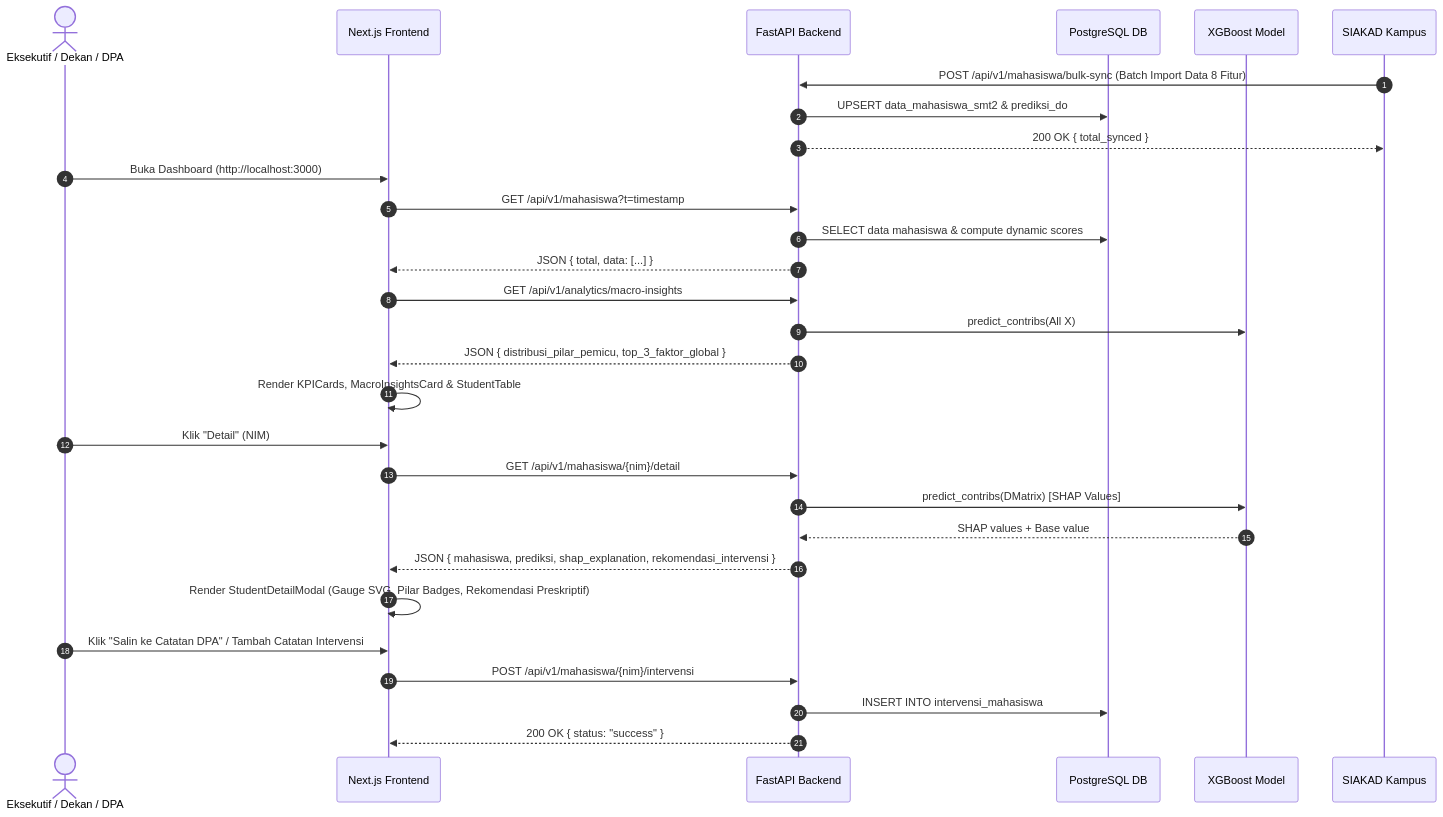
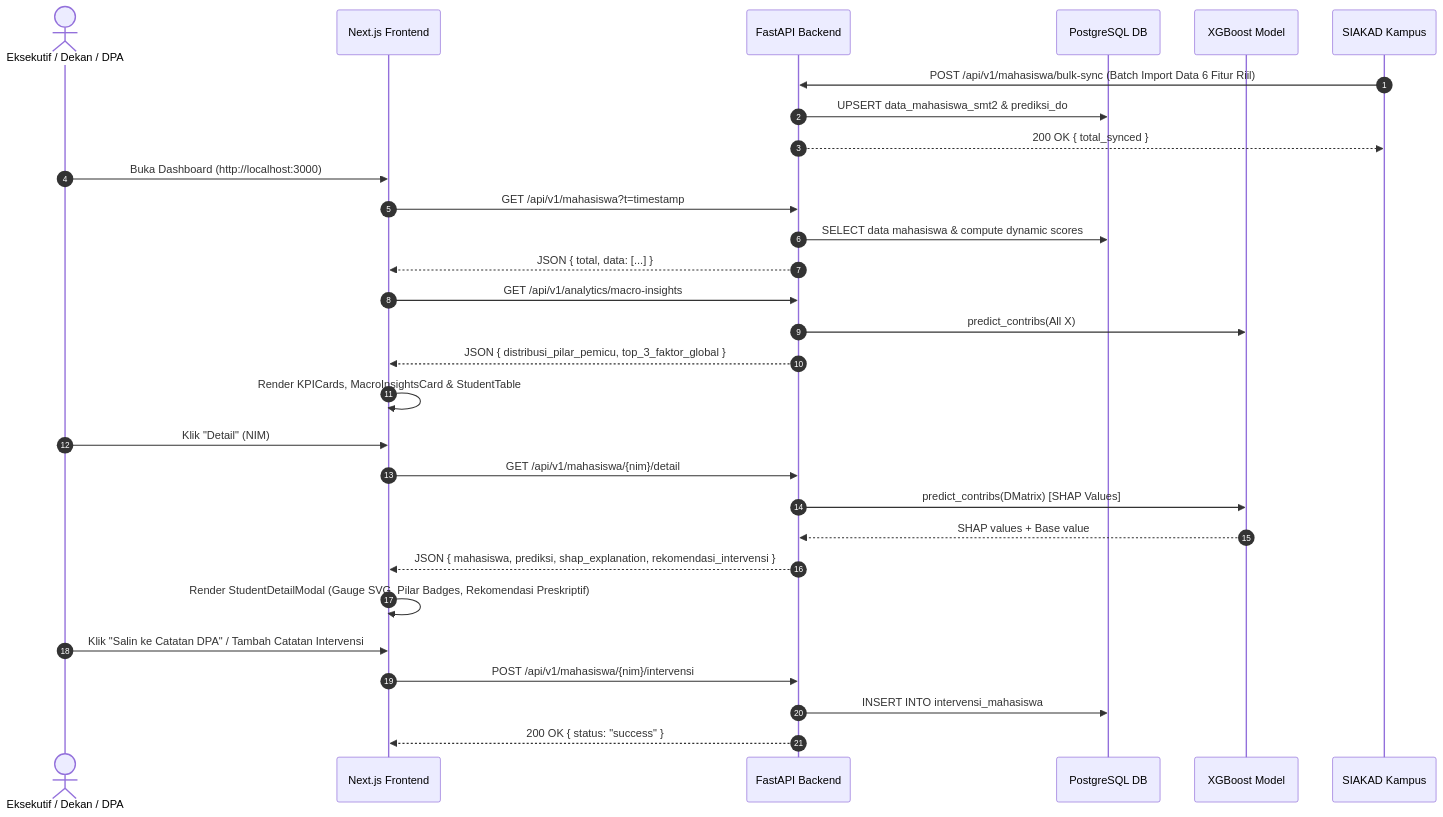
One commit to wahyusatya/Prediksi-DO-XGBoost-SHAP_Magang changed the third of 3 diagrams in DOCUMENTATION.md. Above: the diagram before and after it, drawn with Mermaid. The commit also changed other lines of this file and 6 other files, not shown here.

````diff
--- a/DOCUMENTATION.md
+++ b/DOCUMENTATION.md
@@ -351,35 +334,35 @@
 ```mermaid
 sequenceDiagram
     autonumber
     actor Exec as Eksekutif / Dekan / DPA
     participant FE as Next.js Frontend
     participant API as FastAPI Backend
     participant DB as PostgreSQL DB
     participant ML as XGBoost Model
     participant SIAKAD as SIAKAD Kampus
 
-    SIAKAD->>API: POST /api/v1/mahasiswa/bulk-sync (Batch Import Data 8 Fitur)
+    SIAKAD->>API: POST /api/v1/mahasiswa/bulk-sync (Batch Import Data 6 Fitur Riil)
     API->>DB: UPSERT data_mahasiswa_smt2 & prediksi_do
     API-->>SIAKAD: 200 OK { total_synced }
 
     Exec->>FE: Buka Dashboard (http://localhost:3000)
     FE->>API: GET /api/v1/mahasiswa?t=timestamp
     API->>DB: SELECT data mahasiswa & compute dynamic scores
     API-->>FE: JSON { total, data: [...] }
     FE->>API: GET /api/v1/analytics/macro-insights
     API->>ML: predict_contribs(All X)
     API-->>FE: JSON { distribusi_pilar_pemicu, top_3_faktor_global }
     FE->>FE: Render KPICards, MacroInsightsCard & StudentTable
 
     Exec->>FE: Klik "Detail" (NIM)
     FE->>API: GET /api/v1/mahasiswa/{nim}/detail
     API->>ML: predict_contribs(DMatrix) [SHAP Values]
     ML-->>API: SHAP values + Base value
     API-->>FE: JSON { mahasiswa, prediksi, shap_explanation, rekomendasi_intervensi }
     FE->>FE: Render StudentDetailModal (Gauge SVG, Pilar Badges, Rekomendasi Preskriptif)
 
     Exec->>FE: Klik "Salin ke Catatan DPA" / Tambah Catatan Intervensi
     FE->>API: POST /api/v1/mahasiswa/{nim}/intervensi
     API->>DB: INSERT INTO intervensi_mahasiswa
     API-->>FE: 200 OK { status: "success" }
 ```
````
